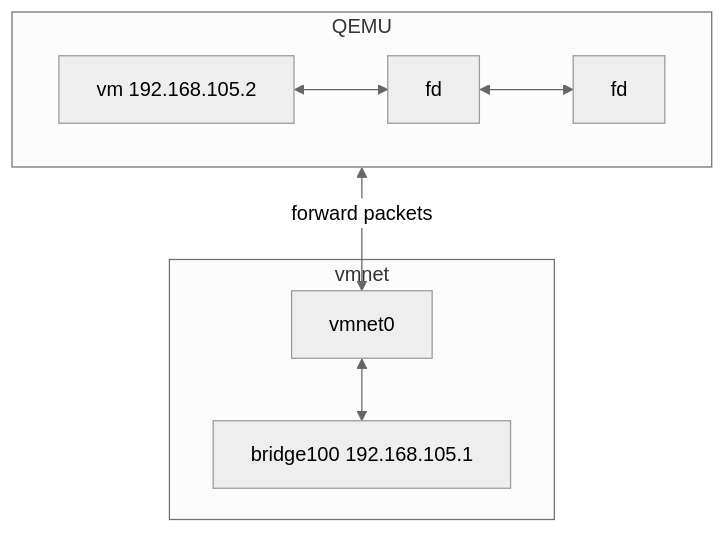
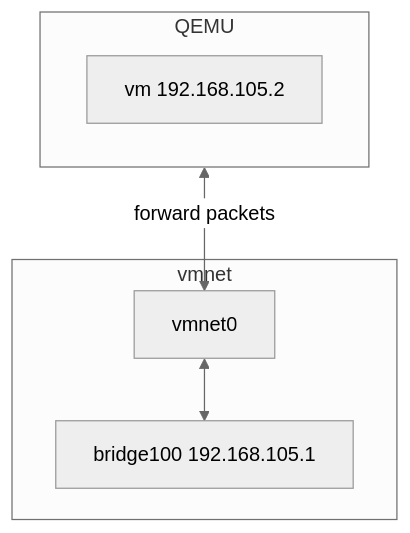
One commit to nirs/vmnet-helper changed the first of 3 diagrams in docs/architecture.md. Above: the diagram before and after it, drawn with Mermaid (neutral theme). The commit also changed other lines of this file, not shown here.

First line of the commit message:
docs: fix vmnet diagram and add labels to packet forwarding links

````diff
--- a/docs/architecture.md
+++ b/docs/architecture.md
@@ -26,20 +25,15 @@
 ```mermaid
 flowchart TB
   subgraph qemu["QEMU"]
     vm1["vm 192.168.105.2"]
-    fd1["fd"]
-    fd2["fd"]
-
-    vm1 <--> fd1
-    fd1 <--> fd2
   end
 
   subgraph vmnet
     vmnet0
     bridge["bridge100 192.168.105.1"]
 
     vmnet0 <--> bridge
   end
 
   qemu <-->|"forward packets"| vmnet0
 ```
````
